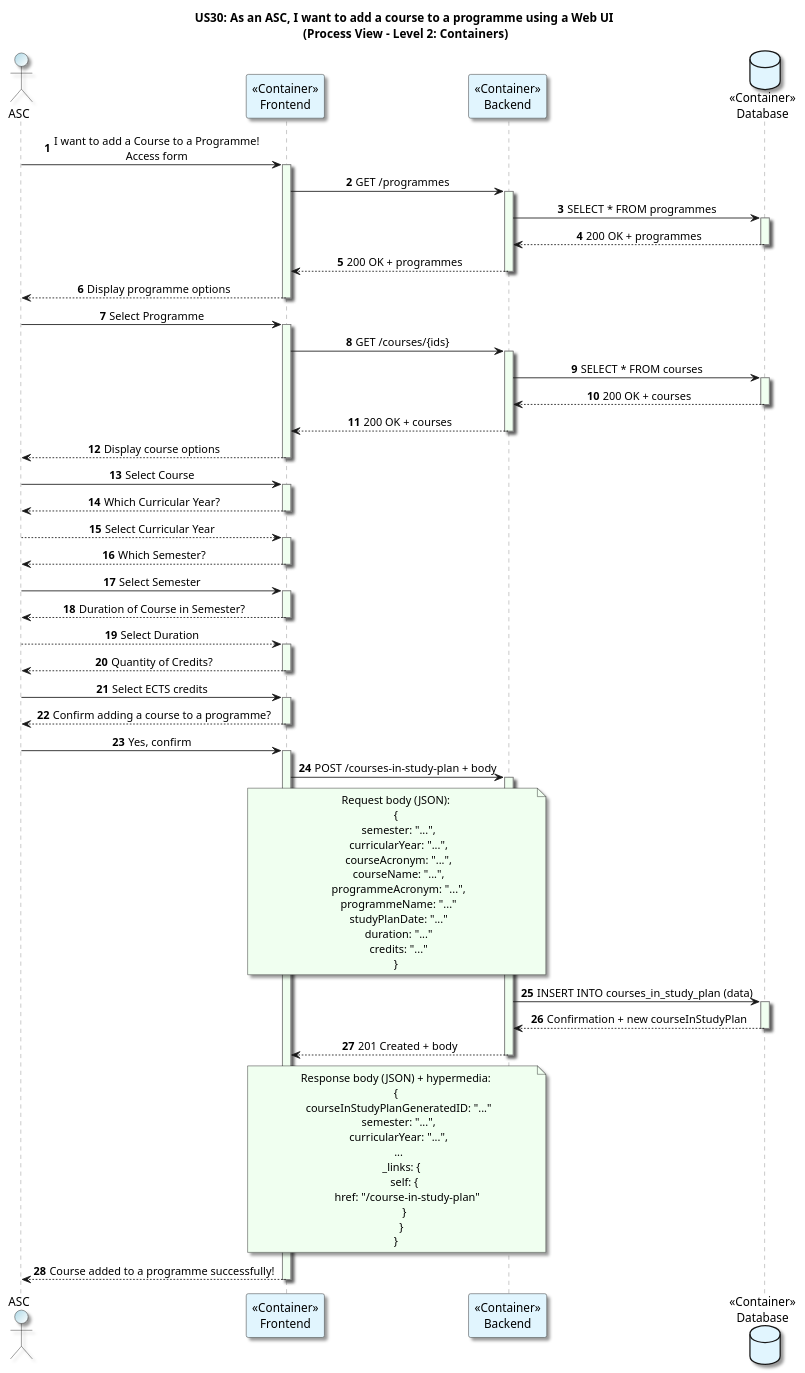
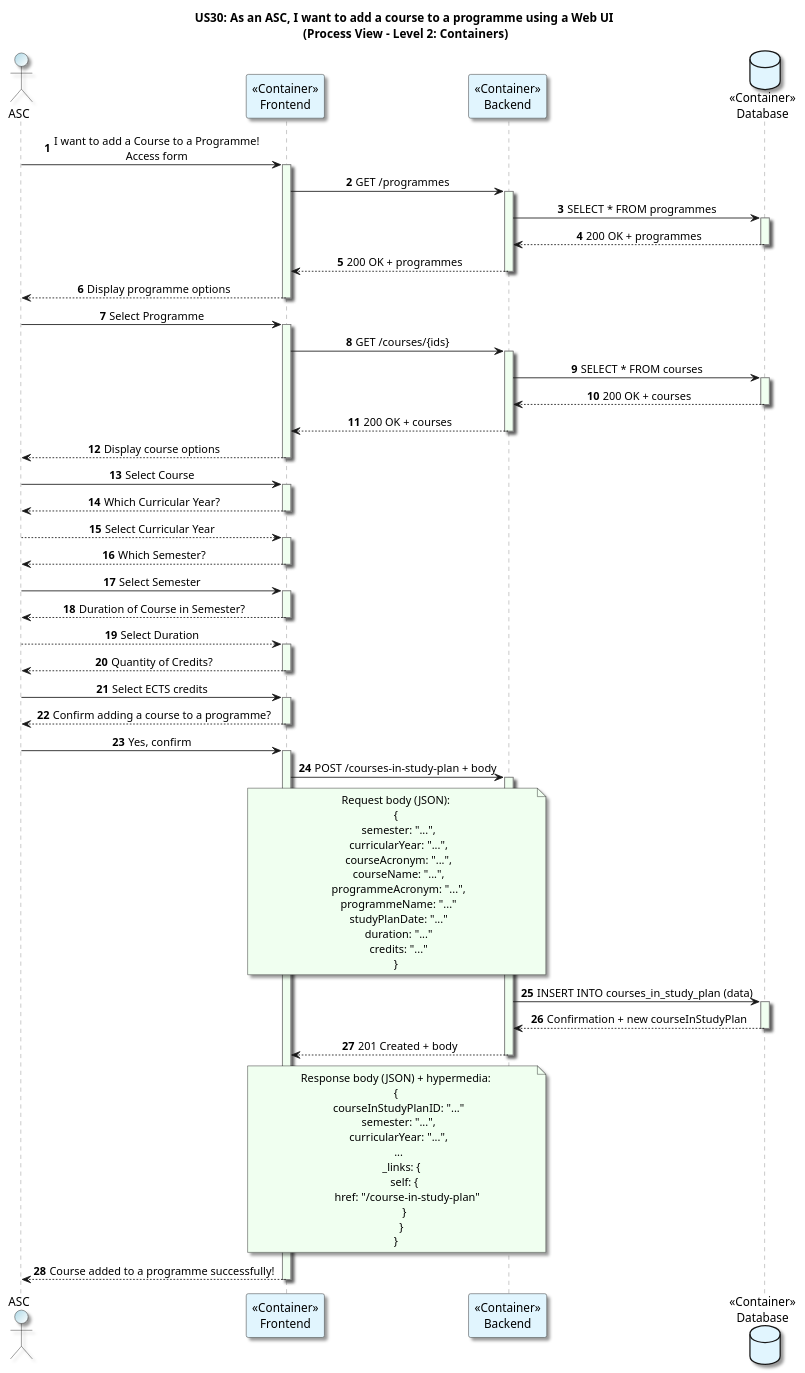
Before and after one commit to GasparISEP/DevOps-PAI: the diagram in docs/US30/Sprint_7/ProcessView/AddCourseToAProgramme_ProcessView_Level2.puml, drawn with PlantUML. The commit also changed 1 other file, not shown here.

Commit message:
docs(scenario-view level 3): Add level 3 scenario view diagram for addCourseToAProgramme functionality (refs #701, #704)

```diff
--- a/docs/US30/Sprint_7/ProcessView/AddCourseToAProgramme_ProcessView_Level2.puml
+++ b/docs/US30/Sprint_7/ProcessView/AddCourseToAProgramme_ProcessView_Level2.puml
@@ -1,115 +1,115 @@
 @startuml
 title US30: As an ASC, I want to add a course to a programme using a Web UI\n (Process View - Level 2: Containers)
 autonumber
 
 skinparam {
   ActivityPadding 2
   ActivityMargin 2
   BoxPadding 2
 }
 skinparam sequence {
     LifeLineBorderColor Grey
     LifeLineBackgroundColor HoneyDew
 }
 skinparam defaultTextAlignment center
 skinparam shadowing true
 
 actor ASC  #LightBlue/White
 participant "<<Container>>\nFrontend" as Frontend #E1F5FE
 participant "<<Container>>\nBackend" as Backend #E1F5FE
 database "<<Container>>\nDatabase" as Database #E1F5FE
 
 ASC -> Frontend: I want to add a Course to a Programme!\nAccess form
 activate Frontend
 
 Frontend -> Backend: GET /programmes
 activate Backend
 Backend -> Database: SELECT * FROM programmes
 activate Database
 Database --> Backend: 200 OK + programmes
 deactivate Database
 Backend --> Frontend: 200 OK + programmes
 deactivate Backend
 Frontend --> ASC: Display programme options
 deactivate Frontend
 
 ASC -> Frontend: Select Programme
 activate Frontend
 Frontend -> Backend: GET /courses/{ids}
 activate Backend
 Backend -> Database: SELECT * FROM courses
 activate Database
 Database --> Backend: 200 OK + courses
 deactivate Database
 Backend --> Frontend: 200 OK + courses
 deactivate Backend
 Frontend --> ASC: Display course options
 deactivate Frontend
 
 ASC -> Frontend: Select Course
 activate Frontend
 Frontend --> ASC: Which Curricular Year?
 deactivate Frontend
 
 ASC --> Frontend: Select Curricular Year
 activate Frontend
 Frontend --> ASC: Which Semester?
 deactivate Frontend
 
 ASC -> Frontend: Select Semester
 activate Frontend
 Frontend --> ASC: Duration of Course in Semester?
 deactivate Frontend
 
 ASC --> Frontend: Select Duration
 activate Frontend
 Frontend --> ASC: Quantity of Credits?
 deactivate Frontend
 
 ASC -> Frontend: Select ECTS credits
 activate Frontend
 Frontend --> ASC: Confirm adding a course to a programme?
 deactivate Frontend
 
 
 ASC -> Frontend: Yes, confirm
 activate Frontend
 Frontend -> Backend: POST /courses-in-study-plan + body
 note over Frontend, Backend #HoneyDew
 Request body (JSON):
 {
   semester: "...",
   curricularYear: "...",
   courseAcronym: "...",
   courseName: "...",
   programmeAcronym: "...",
   programmeName: "..."
   studyPlanDate: "..."
   duration: "..."
   credits: "..."
 }
 end note
 activate Backend
 Backend -> Database: INSERT INTO courses_in_study_plan (data)
 activate Database
 Database --> Backend: Confirmation + new courseInStudyPlan
 deactivate Database
 Backend --> Frontend: 201 Created + body
 note over Backend, Frontend #HoneyDew
 Response body (JSON) + hypermedia:
 {
-  courseInStudyPlanGeneratedID: "..."
+  courseInStudyPlanID: "..."
   semester: "...",
   curricularYear: "...",
   ...
     _links: {
       self: {
         href: "/course-in-study-plan"
       }
     }
 }
 end note
 deactivate Backend
 Frontend --> ASC: Course added to a programme successfully!
 deactivate Frontend
 @enduml
```
